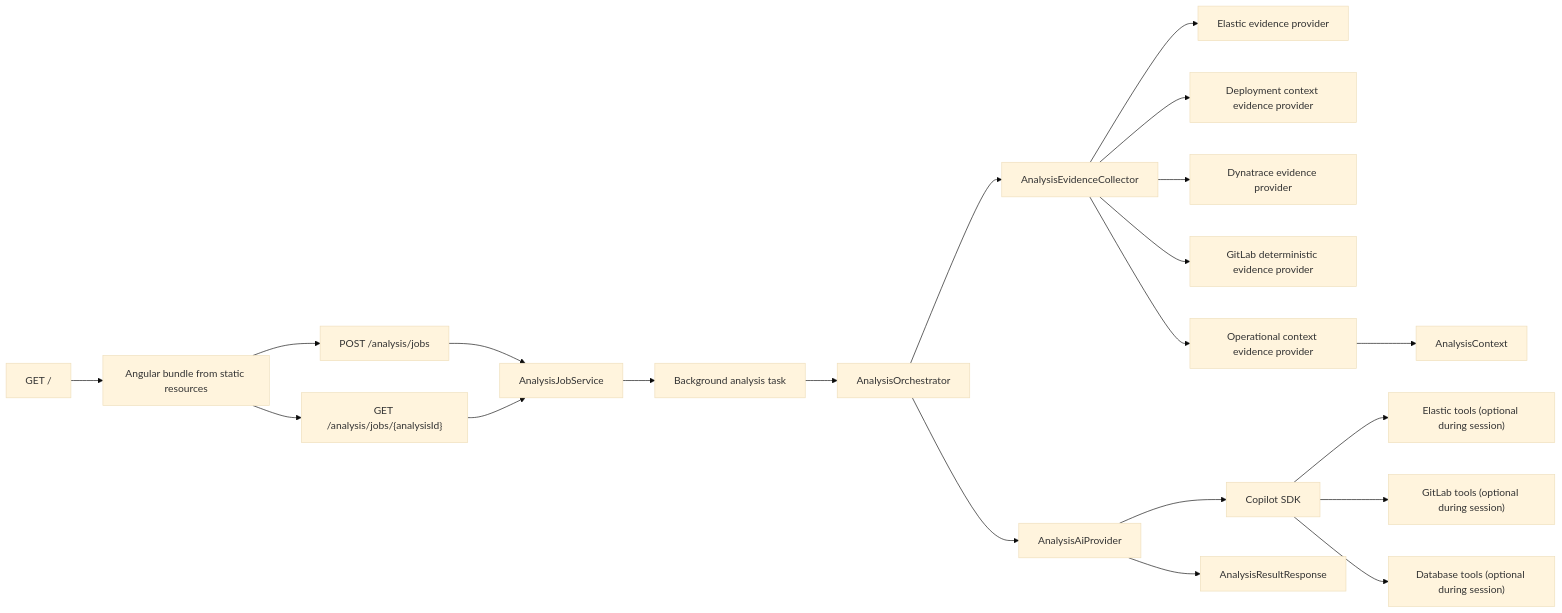
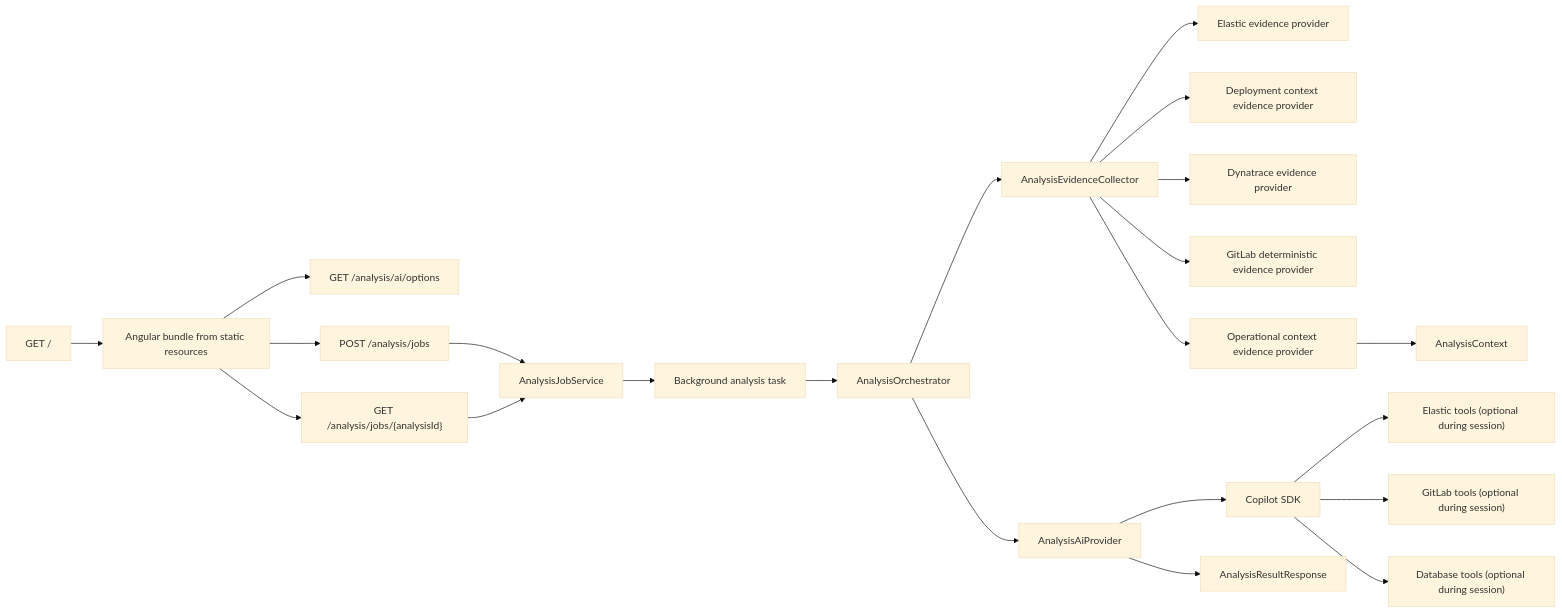
Before and after one commit to herald-assistant/incident-tracker: the diagram in docs/architecture/01-system-overview.md, drawn with Mermaid (base theme). The commit also changed other lines of this file and 26 other files, not shown here.

````diff
--- a/docs/architecture/01-system-overview.md
+++ b/docs/architecture/01-system-overview.md
@@ -165,23 +175,24 @@
 ```mermaid
 flowchart LR
     A["GET /"] --> B["Angular bundle from static resources"]
+    B --> U["GET /analysis/ai/options"]
     B --> C["POST /analysis/jobs"]
     C --> D["AnalysisJobService"]
     D --> E["Background analysis task"]
     E --> F["AnalysisOrchestrator"]
     F --> G["AnalysisEvidenceCollector"]
     G --> H["Elastic evidence provider"]
     G --> I["Deployment context evidence provider"]
     G --> J["Dynatrace evidence provider"]
     G --> K["GitLab deterministic evidence provider"]
     G --> L["Operational context evidence provider"]
     L --> M["AnalysisContext"]
     F --> N["AnalysisAiProvider"]
     N --> O["Copilot SDK"]
     O --> P["Elastic tools (optional during session)"]
     O --> R["GitLab tools (optional during session)"]
     O --> Q["Database tools (optional during session)"]
     N --> S["AnalysisResultResponse"]
     B --> T["GET /analysis/jobs/{analysisId}"]
     T --> D
 ```
````
